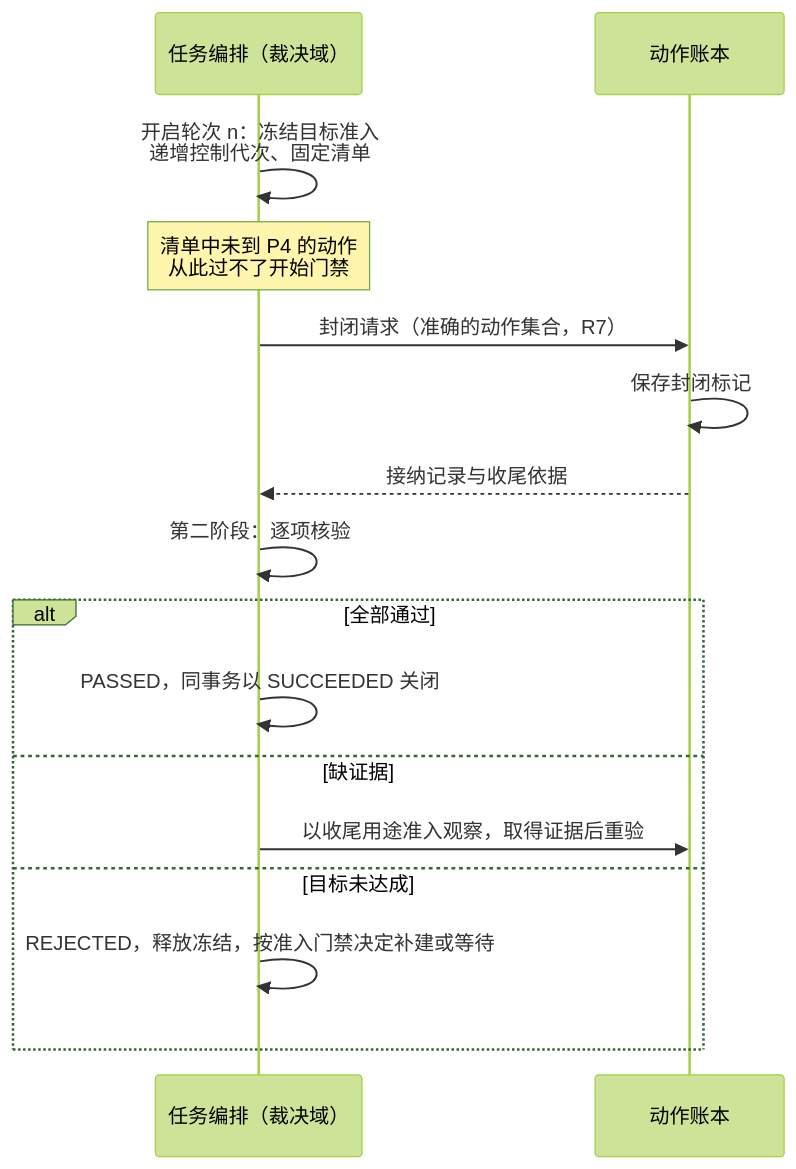
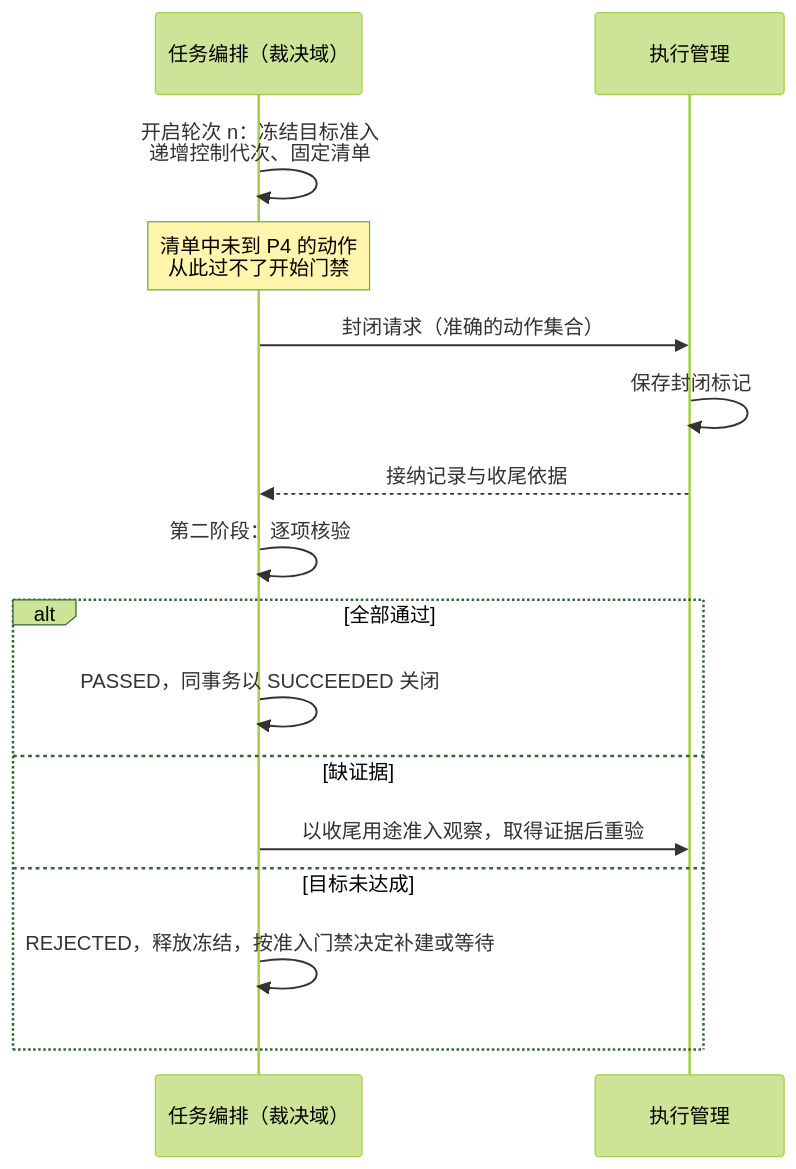
The third of 3 diagrams in docs/architecture/core/tasks/README.md (ruipengliu/lerna), drawn with Mermaid (forest theme) before and after one commit. The commit also changed other lines of this file and 48 other files, not shown here.

Commit message:
docs: clarify architecture contracts and diagrams

````diff
--- a/docs/architecture/core/tasks/README.md
+++ b/docs/architecture/core/tasks/README.md
@@ -345,18 +348,18 @@
 ```mermaid
 sequenceDiagram
     participant T as 任务编排（裁决域）
-    participant L as 动作账本
+    participant L as 执行管理
     T->>T: 开启轮次 n：冻结目标准入<br/>递增控制代次、固定清单
     Note over T: 清单中未到 P4 的动作<br/>从此过不了开始门禁
-    T->>L: 封闭请求（准确的动作集合，R7）
+    T->>L: 封闭请求（准确的动作集合）
     L->>L: 保存封闭标记
     L-->>T: 接纳记录与收尾依据
     T->>T: 第二阶段：逐项核验
     alt 全部通过
         T->>T: PASSED，同事务以 SUCCEEDED 关闭
     else 缺证据
         T->>L: 以收尾用途准入观察，取得证据后重验
     else 目标未达成
         T->>T: REJECTED，释放冻结，按准入门禁决定补建或等待
     end
 ```
````
